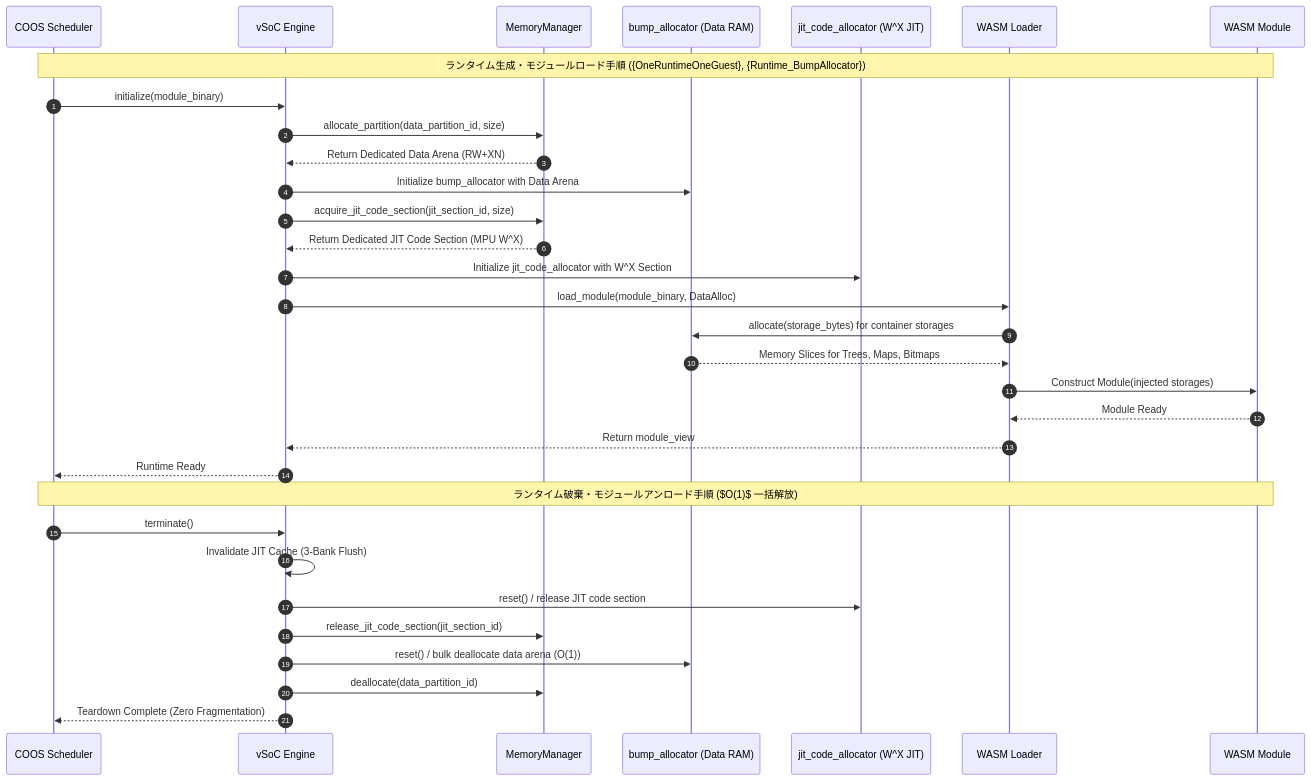
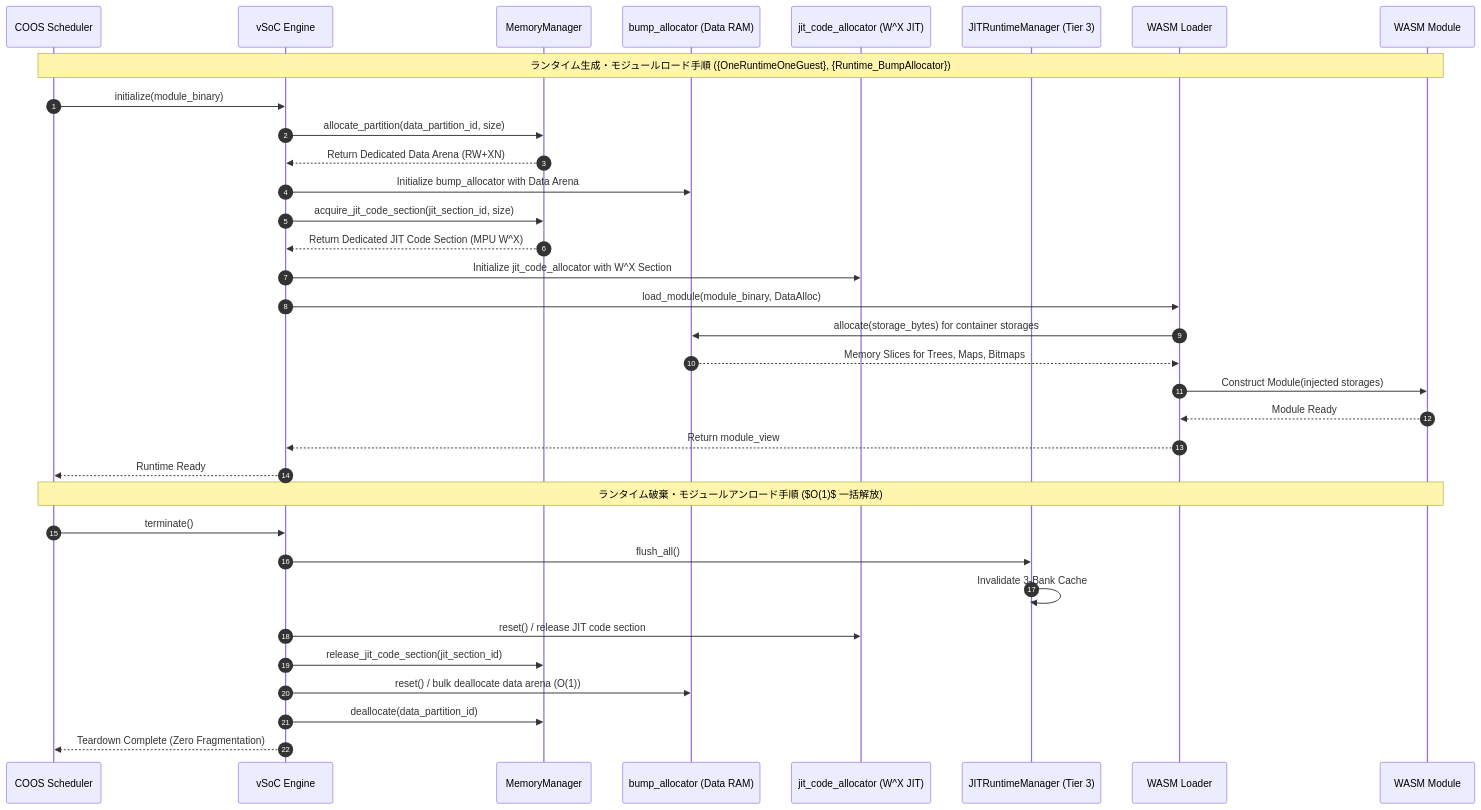
The second of 6 diagrams in docs/components/tier2_runtime/runtime_vsoc.md (kmt-t/fireball), drawn with Mermaid before and after one commit. The commit also changed other lines of this file and 31 other files, not shown here.

````diff
--- a/docs/components/tier2_runtime/runtime_vsoc.md
+++ b/docs/components/tier2_runtime/runtime_vsoc.md
@@ -156,36 +159,38 @@
 ```mermaid
 sequenceDiagram
     autonumber
     participant Sched as COOS Scheduler
     participant vSoC as vSoC Engine
     participant Mem as MemoryManager
     participant DataAlloc as bump_allocator (Data RAM)
     participant JitAlloc as jit_code_allocator (W^X JIT)
+    participant JitRuntime as JITRuntimeManager (Tier 3)
     participant Loader as WASM Loader
     participant Mod as WASM Module
 
     Note over Sched,Mod: ランタイム生成・モジュールロード手順 ({OneRuntimeOneGuest}, {Runtime_BumpAllocator})
     Sched->>vSoC: initialize(module_binary)
     vSoC->>Mem: allocate_partition(data_partition_id, size)
     Mem-->>vSoC: Return Dedicated Data Arena (RW+XN)
     vSoC->>DataAlloc: Initialize bump_allocator with Data Arena
     vSoC->>Mem: acquire_jit_code_section(jit_section_id, size)
     Mem-->>vSoC: Return Dedicated JIT Code Section (MPU W^X)
     vSoC->>JitAlloc: Initialize jit_code_allocator with W^X Section
     vSoC->>Loader: load_module(module_binary, DataAlloc)
     Loader->>DataAlloc: allocate(storage_bytes) for container storages
     DataAlloc-->>Loader: Memory Slices for Trees, Maps, Bitmaps
     Loader->>Mod: Construct Module(injected storages)
     Mod-->>Loader: Module Ready
     Loader-->>vSoC: Return module_view
     vSoC-->>Sched: Runtime Ready
 
     Note over Sched,Mod: ランタイム破棄・モジュールアンロード手順 ($O(1)$ 一括解放)
     Sched->>vSoC: terminate()
-    vSoC->>vSoC: Invalidate JIT Cache (3-Bank Flush)
+    vSoC->>JitRuntime: flush_all()
+    JitRuntime->>JitRuntime: Invalidate 3-Bank Cache
     vSoC->>JitAlloc: reset() / release JIT code section
     vSoC->>Mem: release_jit_code_section(jit_section_id)
     vSoC->>DataAlloc: reset() / bulk deallocate data arena (O(1))
     vSoC->>Mem: deallocate(data_partition_id)
     vSoC-->>Sched: Teardown Complete (Zero Fragmentation)
 ```
````
